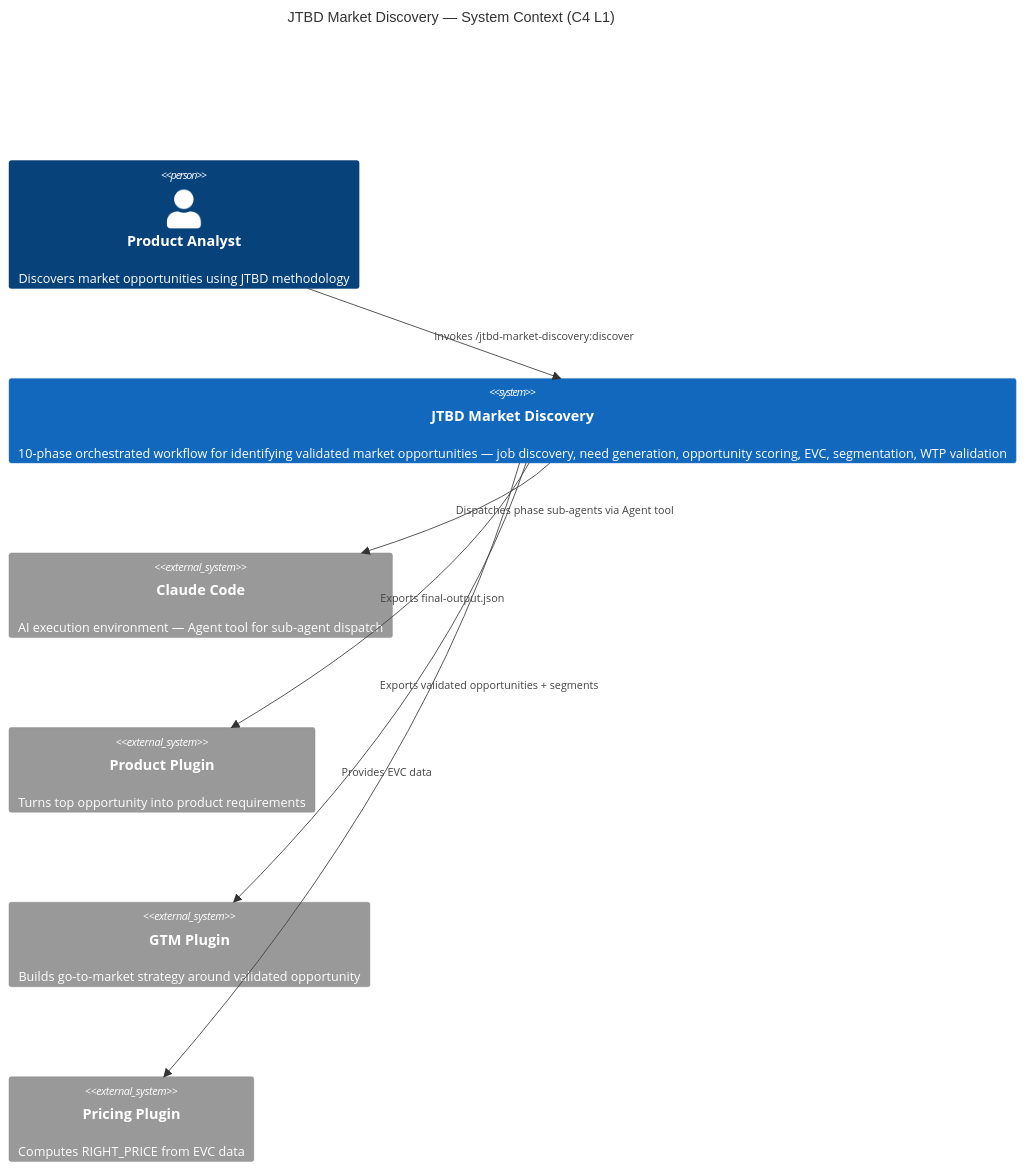
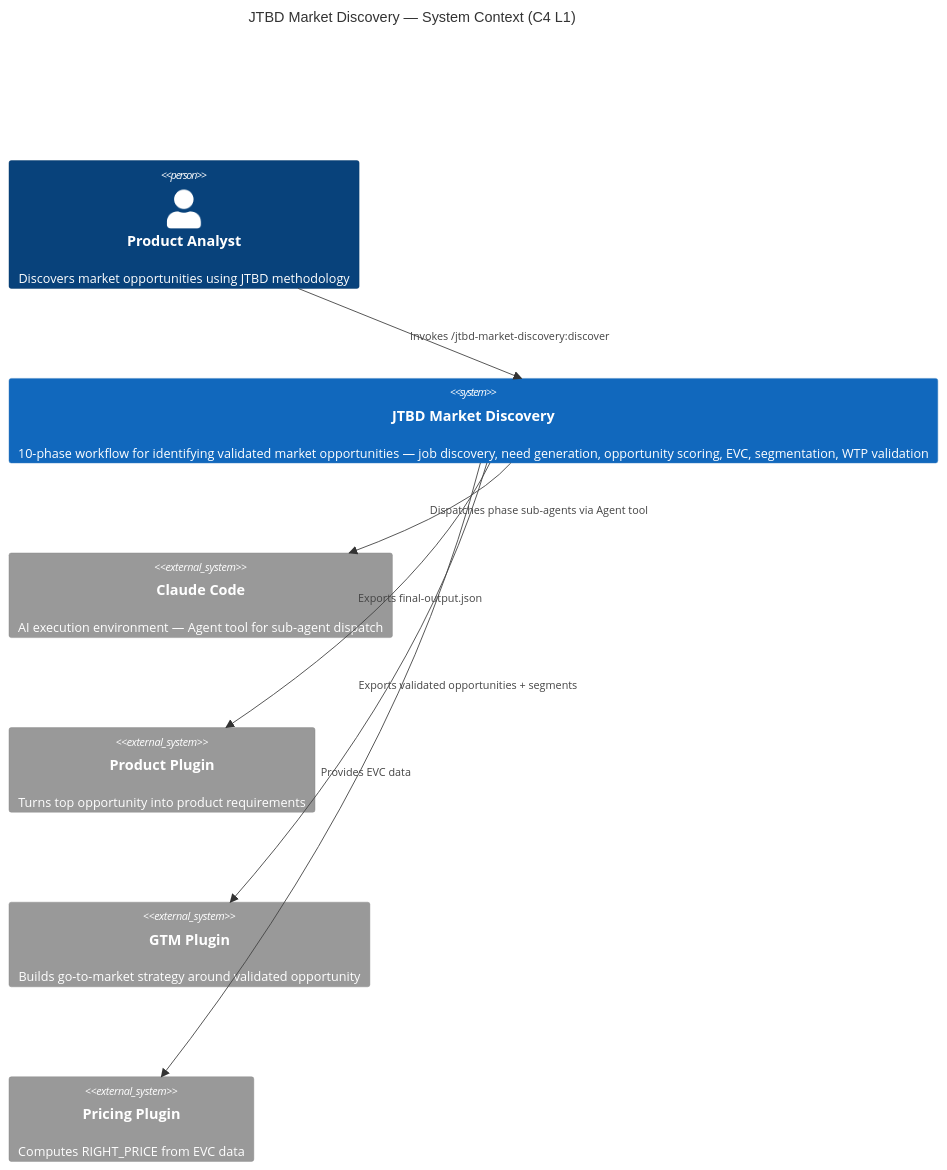
Before and after one commit to ai-advanced-futures/cc-plugins: the first of 2 diagrams in plugins/jtbd-market-discovery/docs/diagrams/jtbd-market-discovery-c4.md, drawn with Mermaid. The commit also changed other lines of this file and 58 other files, not shown here.

````diff
--- a/plugins/jtbd-market-discovery/docs/diagrams/jtbd-market-discovery-c4.md
+++ b/plugins/jtbd-market-discovery/docs/diagrams/jtbd-market-discovery-c4.md
@@ -8,16 +8,16 @@
 ```mermaid
 C4Context
     title JTBD Market Discovery — System Context (C4 L1)
     Person(user, "Product Analyst", "Discovers market opportunities using JTBD methodology")
-    System(jtbd, "JTBD Market Discovery", "10-phase orchestrated workflow for identifying validated market opportunities — job discovery, need generation, opportunity scoring, EVC, segmentation, WTP validation")
+    System(jtbd, "JTBD Market Discovery", "10-phase workflow for identifying validated market opportunities — job discovery, need generation, opportunity scoring, EVC, segmentation, WTP validation")
     System_Ext(claude, "Claude Code", "AI execution environment — Agent tool for sub-agent dispatch")
     System_Ext(product, "Product Plugin", "Turns top opportunity into product requirements")
     System_Ext(gtm, "GTM Plugin", "Builds go-to-market strategy around validated opportunity")
     System_Ext(pricing, "Pricing Plugin", "Computes RIGHT_PRICE from EVC data")
     Rel(user, jtbd, "Invokes /jtbd-market-discovery:discover")
     Rel(jtbd, claude, "Dispatches phase sub-agents via Agent tool")
     Rel(jtbd, product, "Exports final-output.json")
     Rel(jtbd, gtm, "Exports validated opportunities + segments")
     Rel(jtbd, pricing, "Provides EVC data")
     UpdateLayoutConfig($c4ShapeInRow="3", $c4BoundaryInRow="1")
 ```
````
